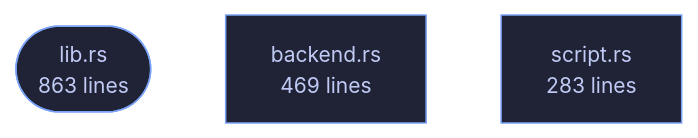
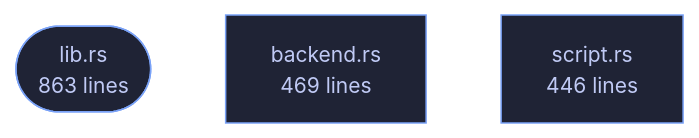
The diagram in wiki/Crate-veilvoice-gnupg.md (tilas01/veilvoice), drawn with Mermaid before and after one commit. The commit also changed other lines of this file and 46 other files, not shown here.

````diff
--- a/wiki/Crate-veilvoice-gnupg.md
+++ b/wiki/Crate-veilvoice-gnupg.md
@@ -94,10 +94,10 @@
 ```mermaid
 %%{init: {"theme":"base","themeVariables":{"background":"#1a1b26","primaryColor":"#1f2335","primaryTextColor":"#c0caf5","primaryBorderColor":"#7aa2f7","secondaryColor":"#16161e","tertiaryColor":"#16161e","lineColor":"#737aa2","textColor":"#c0caf5","mainBkg":"#1f2335","nodeBorder":"#7aa2f7","clusterBkg":"#16161e","clusterBorder":"#2f3549","fontFamily":"ui-monospace, SFMono-Regular, Consolas, monospace","fontSize":"14px"}}}%%
 flowchart TD
     n_lib(["lib.rs<br/>863 lines"])
     n_backend["backend.rs<br/>469 lines"]
-    n_script["script.rs<br/>283 lines"]
+    n_script["script.rs<br/>446 lines"]
     click n_lib href "https://github.com/tilas01/veilvoice/blob/main/crates/veilvoice-gnupg/src/lib.rs" "open the source"
     click n_backend href "https://github.com/tilas01/veilvoice/blob/main/crates/veilvoice-gnupg/src/backend.rs" "open the source"
     click n_script href "https://github.com/tilas01/veilvoice/blob/main/crates/veilvoice-gnupg/src/script.rs" "open the source"
 ```
````
